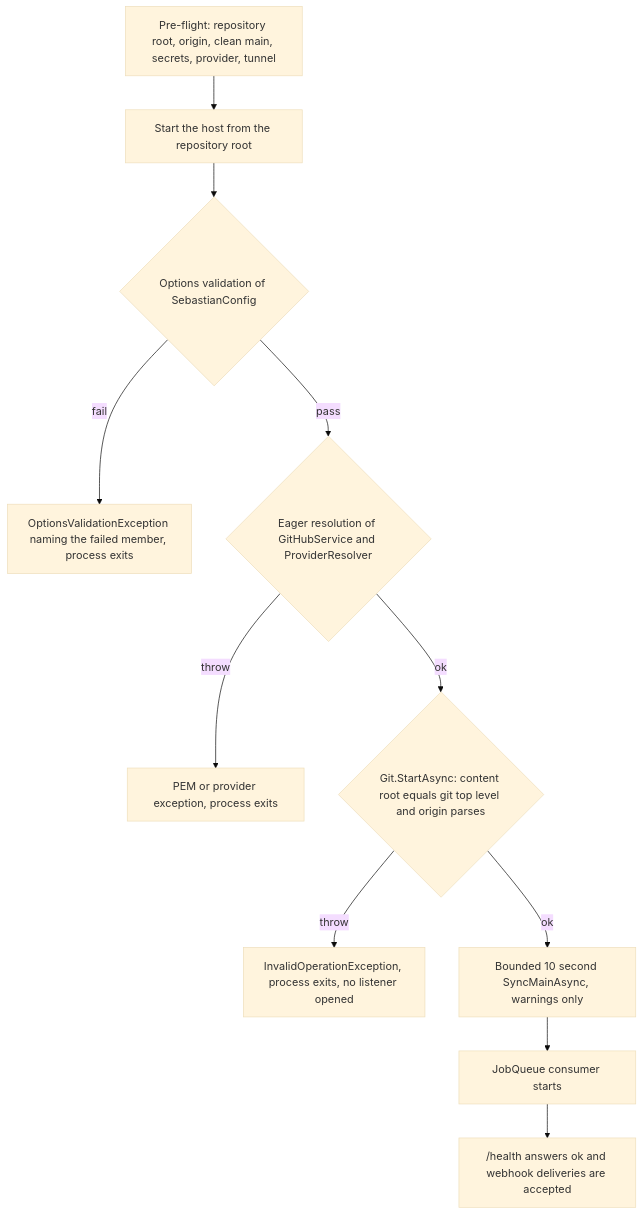
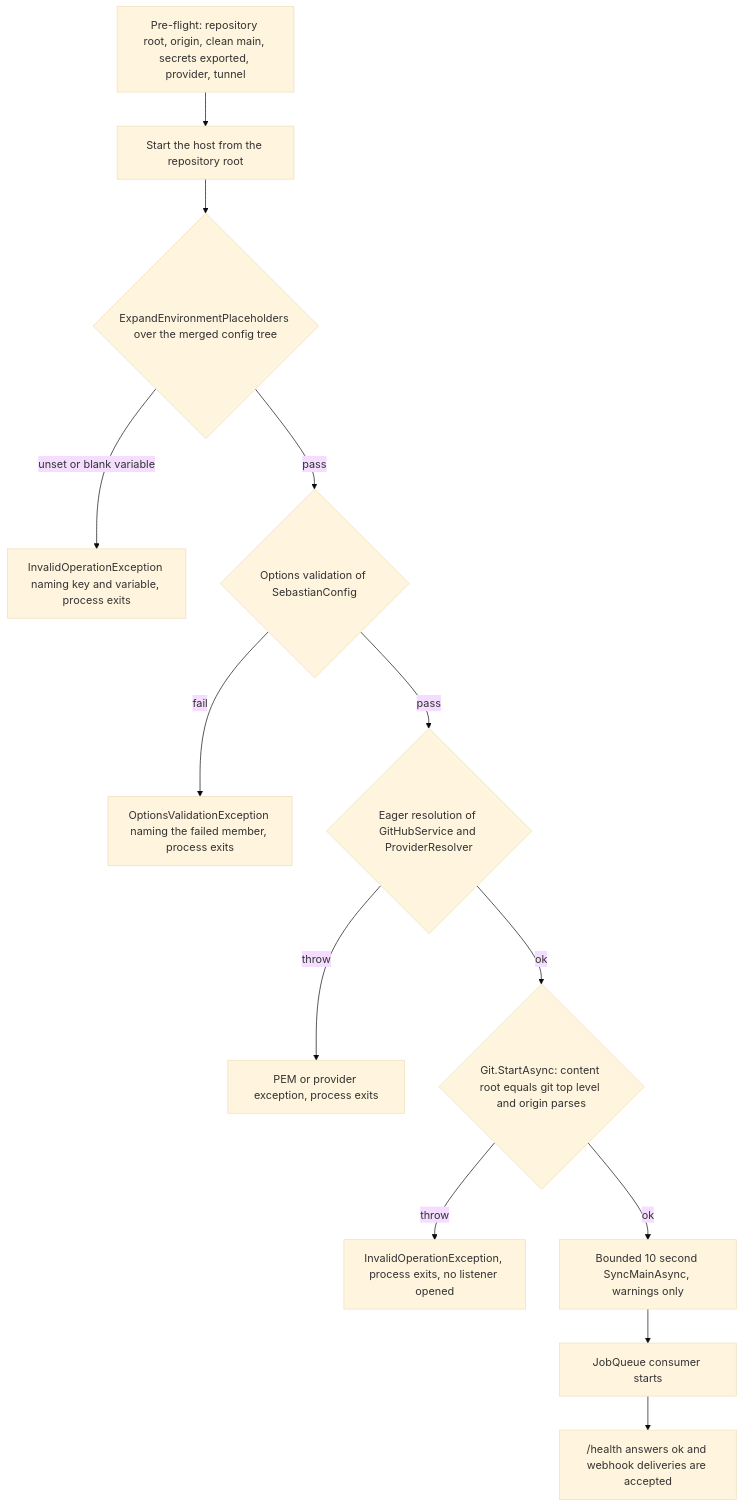
The diagram in openwiki/operations/running-and-deployment.md (ToufiqSenpai/sebastian), drawn with Mermaid (base theme) before and after one commit. The commit also changed other lines of this file and 37 other files, not shown here.

````diff
--- a/openwiki/operations/running-and-deployment.md
+++ b/openwiki/operations/running-and-deployment.md
@@ -45,13 +51,15 @@
 ```mermaid
 flowchart TD
-    P["Pre-flight: repository root, origin, clean main, secrets, provider, tunnel"] --> B["Start the host from the repository root"]
-    B --> V{"Options validation of SebastianConfig"}
+    P["Pre-flight: repository root, origin, clean main, secrets exported, provider, tunnel"] --> B["Start the host from the repository root"]
+    B --> X{"ExpandEnvironmentPlaceholders over the merged config tree"}
+    X -->|"unset or blank variable"| X1["InvalidOperationException naming key and variable, process exits"]
+    X -->|pass| V{"Options validation of SebastianConfig"}
     V -->|fail| V1["OptionsValidationException naming the failed member, process exits"]
     V -->|pass| E{"Eager resolution of GitHubService and ProviderResolver"}
     E -->|throw| E1["PEM or provider exception, process exits"]
     E -->|ok| G{"Git.StartAsync: content root equals git top level and origin parses"}
     G -->|throw| G1["InvalidOperationException, process exits, no listener opened"]
     G -->|ok| S["Bounded 10 second SyncMainAsync, warnings only"]
     S --> H["JobQueue consumer starts"]
     H --> L["/health answers ok and webhook deliveries are accepted"]
 ```
````
